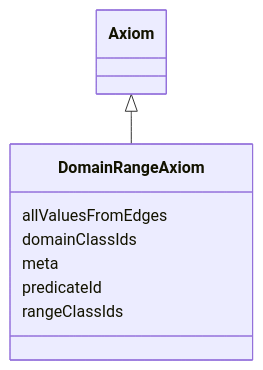
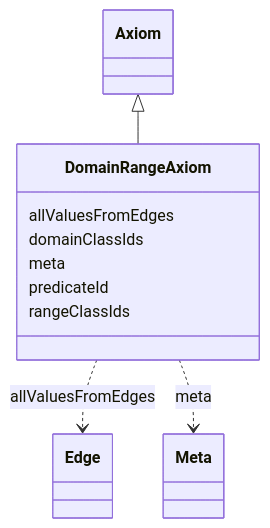
One commit to INCATools/ontology-access-kit changed the diagram in obograph/DomainRangeAxiom.md. Above: the diagram before and after it, drawn with Mermaid. The commit also changed other lines of this file and 1783 other files, not shown here.

````diff
--- a/obograph/DomainRangeAxiom.md
+++ b/obograph/DomainRangeAxiom.md
@@ -11,12 +11,21 @@
 ```{mermaid}
  classDiagram
     class DomainRangeAxiom
       Axiom <|-- DomainRangeAxiom
       
       DomainRangeAxiom : allValuesFromEdges
+        
+          DomainRangeAxiom ..> Edge : allValuesFromEdges
+        
       DomainRangeAxiom : domainClassIds
+        
       DomainRangeAxiom : meta
+        
+          DomainRangeAxiom ..> Meta : meta
+        
       DomainRangeAxiom : predicateId
+        
       DomainRangeAxiom : rangeClassIds
+        
       
 ```
````
